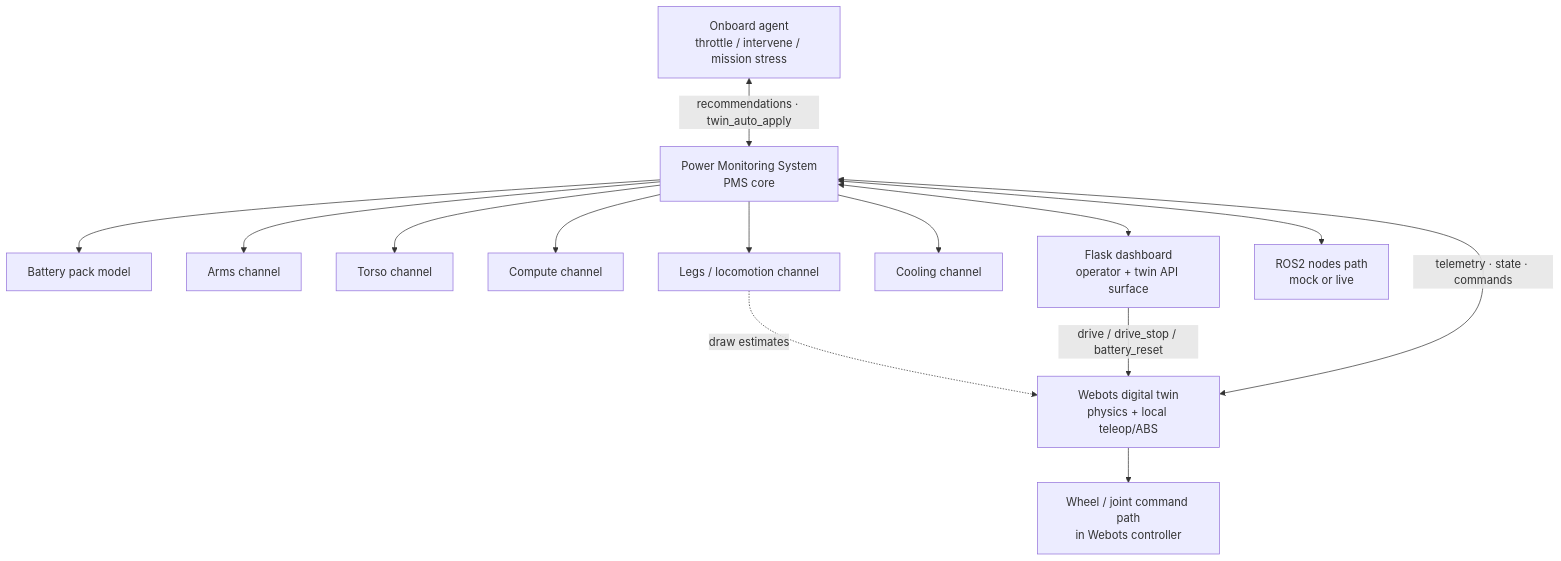
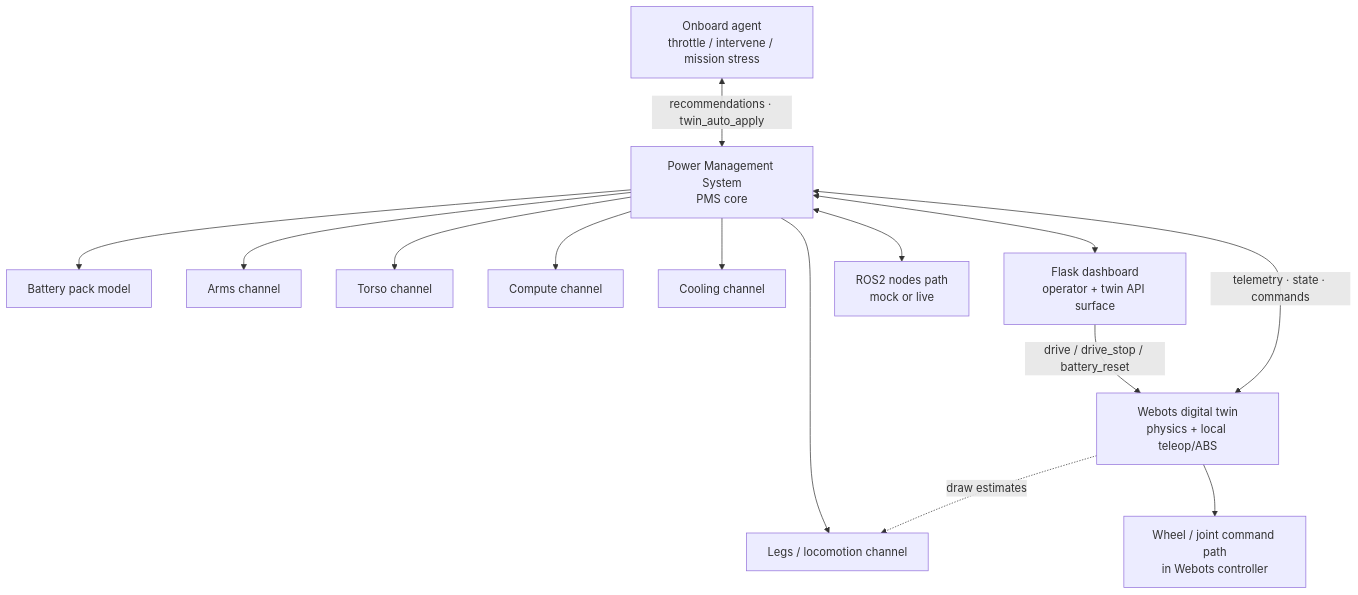
The fourth of 7 diagrams in docs/ARCHITECTURE.md (Daniel7505/robot-battery-monitor), drawn with Mermaid before and after one commit. The commit also changed other lines of this file and 15 other files, not shown here.

First line of the commit message:
docs: newcomer README, corrected diagrams, JOURNEY.md; tests run without Postgres

````diff
--- a/docs/ARCHITECTURE.md
+++ b/docs/ARCHITECTURE.md
@@ -158,26 +194,26 @@
 ```mermaid
 flowchart TB
     AGENT["Onboard agent<br/>throttle / intervene / mission stress"]
     WEB["Webots digital twin<br/>physics + local teleop/ABS"]
-    PMS["Power Monitoring System<br/>PMS core"]
+    PMS["Power Management System<br/>PMS core"]
 
     BAT["Battery pack model"]
     ARMS["Arms channel"]
     TORSO["Torso channel"]
     COMP["Compute channel"]
     LEGS["Legs / locomotion channel"]
     COOL["Cooling channel"]
 
     DASH["Flask dashboard<br/>operator + twin API surface"]
     ROS["ROS2 nodes path<br/>mock or live"]
     MOTORS["Wheel / joint command path<br/>in Webots controller"]
 
     AGENT <-->|"recommendations · twin_auto_apply"| PMS
     WEB <-->|"telemetry · state · commands"| PMS
     PMS --> BAT & ARMS & TORSO & COMP & LEGS & COOL
     PMS <--> DASH
     PMS <--> ROS
     WEB --> MOTORS
-    LEGS -.->|"draw estimates"| WEB
+    WEB -.->|"draw estimates"| LEGS
     DASH -->|"drive / drive_stop / battery_reset"| WEB
 ```
````
